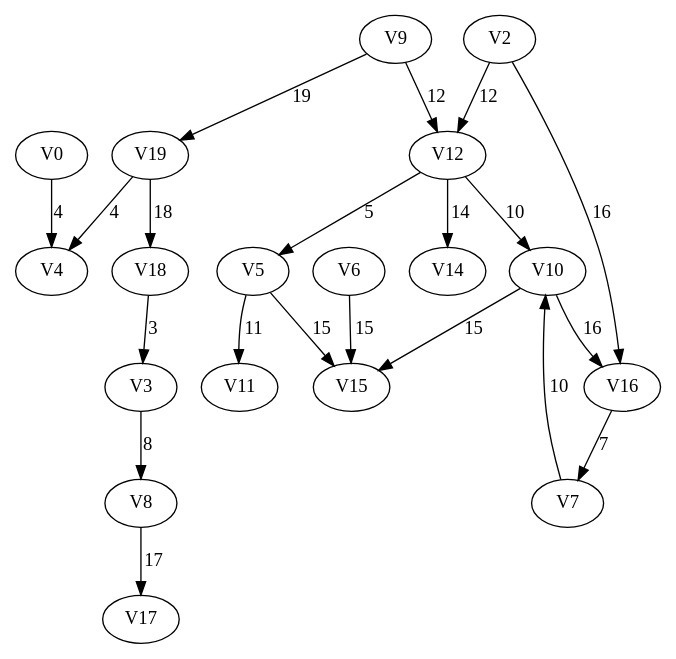
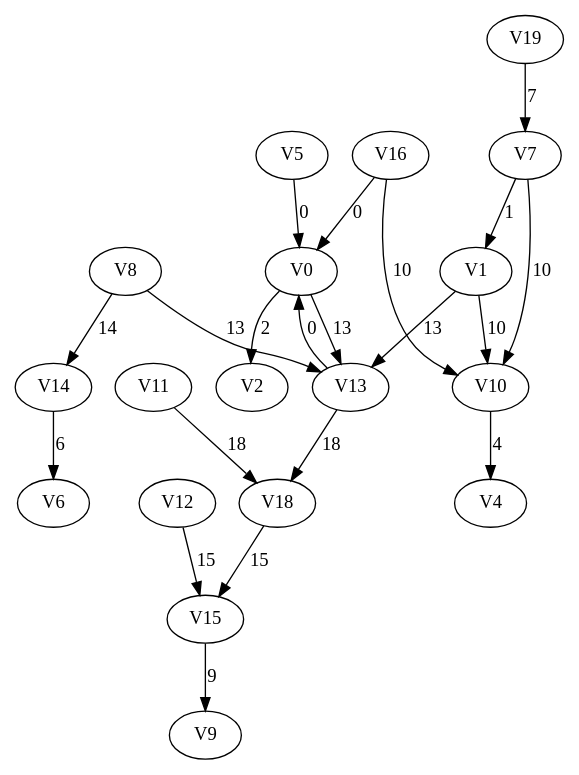
One commit to ermsharo/EP_GRAFO_PONDERADO changed the diagram in Grafo.dot. Above: the diagram before and after it, drawn with Graphviz. The commit also changed 18 other files, not shown here.

```diff
--- a/Grafo.dot
+++ b/Grafo.dot
@@ -1,23 +1,23 @@
 digraph{
-V0 -> V4[label=4]; 
- V2 -> V16[label=16]; 
- V2 -> V12[label=12]; 
- V3 -> V8[label=8]; 
- V5 -> V15[label=15]; 
- V5 -> V11[label=11]; 
- V6 -> V15[label=15]; 
+V0 -> V13[label=13]; 
+ V0 -> V2[label=2]; 
+ V1 -> V13[label=13]; 
+ V1 -> V10[label=10]; 
+ V5 -> V0[label=0]; 
+ V7 -> V1[label=1]; 
  V7 -> V10[label=10]; 
- V8 -> V17[label=17]; 
- V9 -> V19[label=19]; 
- V9 -> V12[label=12]; 
- V10 -> V15[label=15]; 
- V10 -> V16[label=16]; 
- V12 -> V10[label=10]; 
- V12 -> V5[label=5]; 
- V12 -> V14[label=14]; 
- V16 -> V7[label=7]; 
- V18 -> V3[label=3]; 
- V19 -> V4[label=4]; 
- V19 -> V18[label=18]; 
+ V8 -> V14[label=14]; 
+ V8 -> V13[label=13]; 
+ V10 -> V4[label=4]; 
+ V11 -> V18[label=18]; 
+ V12 -> V15[label=15]; 
+ V13 -> V0[label=0]; 
+ V13 -> V18[label=18]; 
+ V14 -> V6[label=6]; 
+ V15 -> V9[label=9]; 
+ V16 -> V10[label=10]; 
+ V16 -> V0[label=0]; 
+ V18 -> V15[label=15]; 
+ V19 -> V7[label=7]; 
   
 }
```
